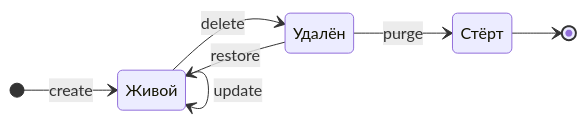
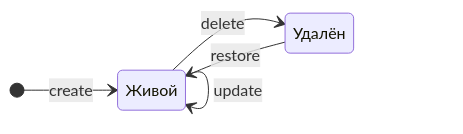
The second of 2 diagrams in guide/pages/basics/what-is.md (alepri51/letopis), drawn with Mermaid before and after one commit. The commit also changed other lines of this file and 25 other files, not shown here.

````diff
--- a/guide/pages/basics/what-is.md
+++ b/guide/pages/basics/what-is.md
@@ -69,10 +69,8 @@
 ```mermaid
 stateDiagram-v2
   direction LR
   [*] --> Живой: create
   Живой --> Живой: update
   Живой --> Удалён: delete
   Удалён --> Живой: restore
-  Удалён --> Стёрт: purge
-  Стёрт --> [*]
 ```
````
